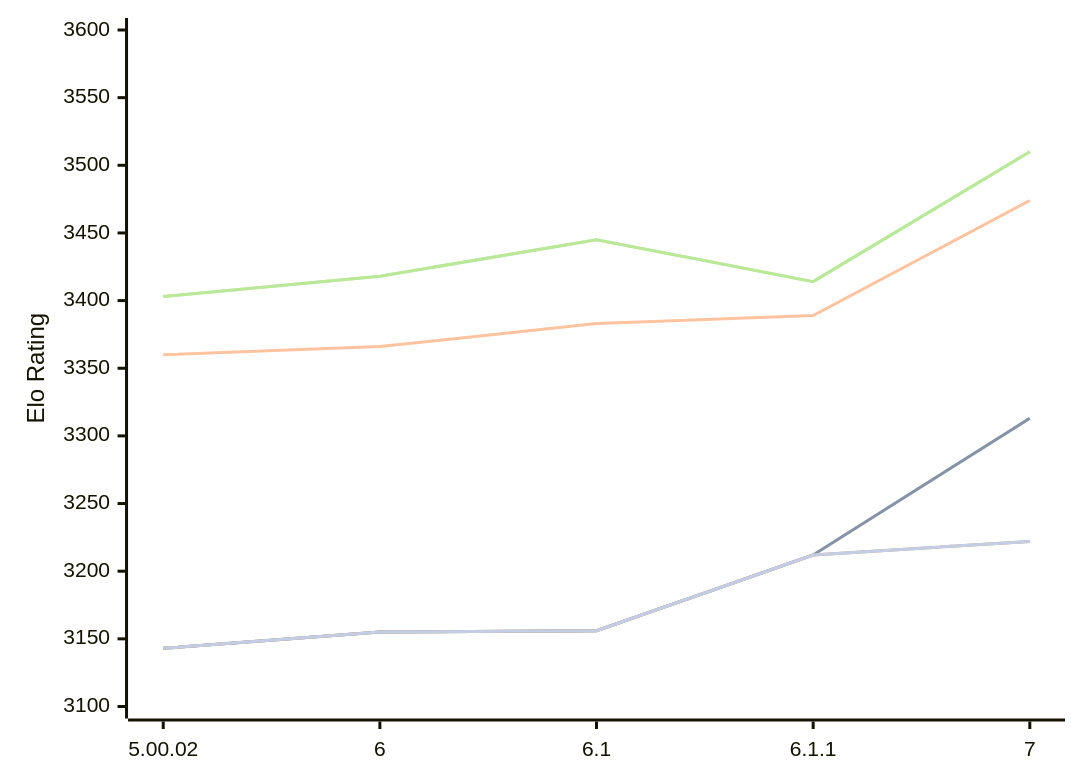
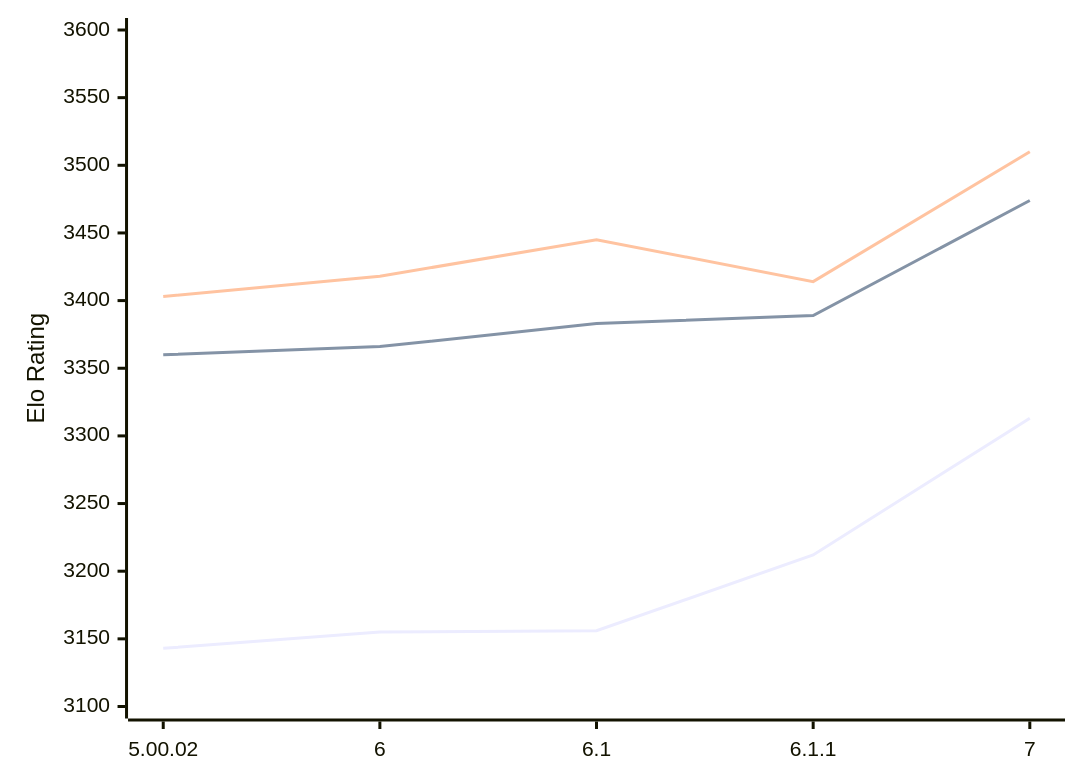
Before and after one commit to computer-chess-index/cci: the diagram in engines/Zangdar.md, drawn with Mermaid. The commit also changed other lines of this file, not shown here.

````diff
--- a/engines/Zangdar.md
+++ b/engines/Zangdar.md
@@ -51,13 +51,9 @@
 ```mermaid
 %%{init: {"theme":"base","themeVariables":{"seriesColors:['#a3a3a3','#222221','#faa371']}}}%%
 xychart-beta
   x-axis ["5.00.02", "6", "6.1", "6.1.1", "7"]
   y-axis "Elo Rating" 3100 --> 3600
-  line "" [3143, 3155, 3156, 3212, 3313]
   line "T1: STC (8.0+0.08s)" [3143, 3155, 3156, 3212, 3313]
   line "T1: LTC (60.0+0.60s)" [3360, 3366, 3383, 3389, 3474]
-  line "" [3403, 3418, 3445, 3414, 3510]
   line "T1: VLTC (2m24s+1.12s)" [3403, 3418, 3445, 3414, 3510]
-  line "" [3143, 3155, 3156, 3212,3222]
-  line "E1: STC (8.0+0.08s)" [3143, 3155, 3156, 3212,3222]
 ```
````
